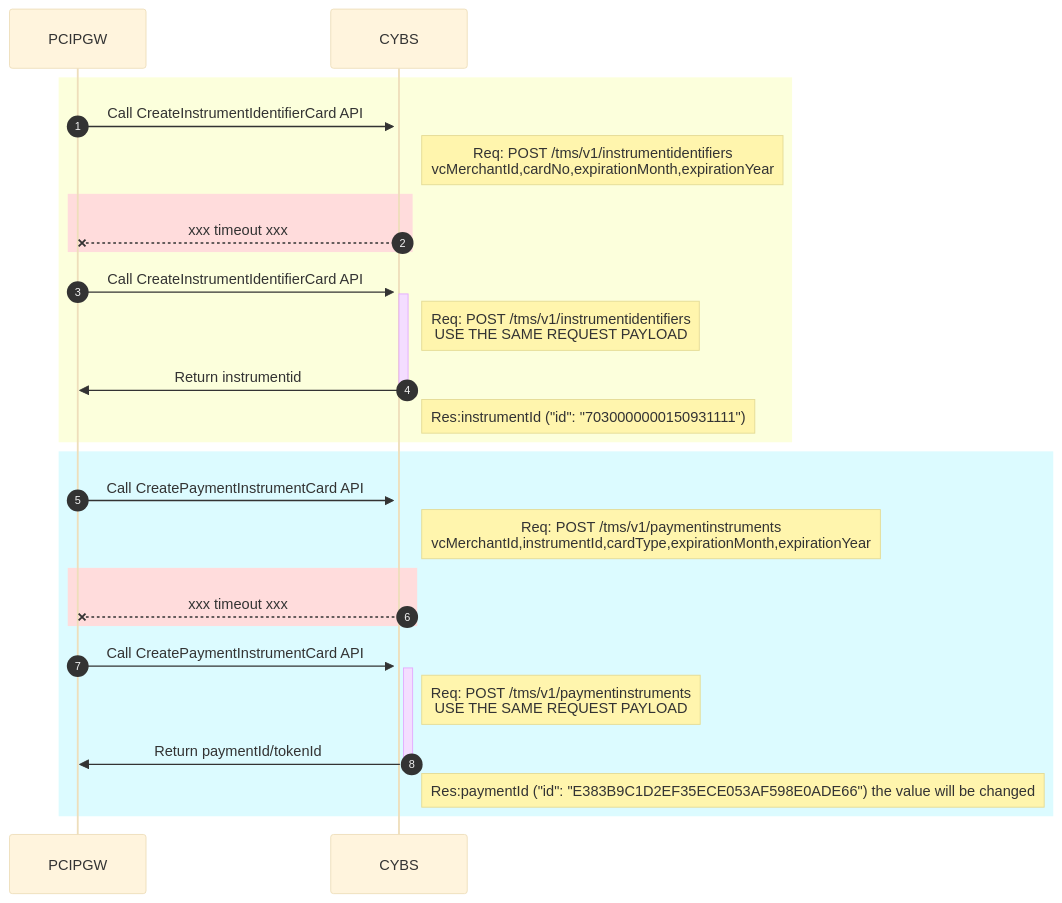
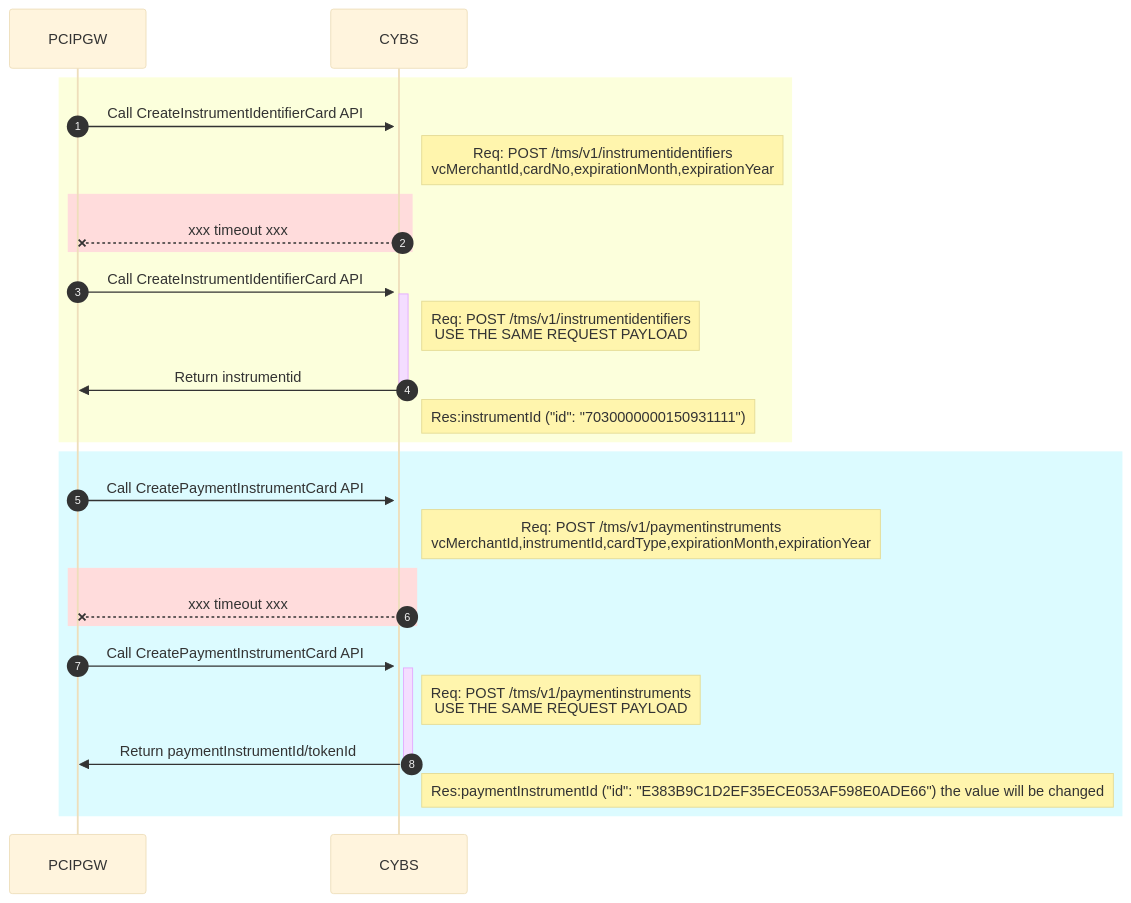
Before and after one commit to yuusuke25/MyNotes: the second of 8 diagrams in Cybs-Ph2-Flow3.md, drawn with Mermaid (base theme). The commit also changed other lines of this file, not shown here.

````diff
--- a/Cybs-Ph2-Flow3.md
+++ b/Cybs-Ph2-Flow3.md
@@ -20,27 +20,27 @@
 ```mermaid
     sequenceDiagram
     autonumber
         rect rgb(252, 255, 220)
             PCIPGW->>+CYBS: Call CreateInstrumentIdentifierCard API
             Note right of CYBS: Req: POST /tms/v1/instrumentidentifiers<br>vcMerchantId,cardNo,expirationMonth,expirationYear
             rect rgb(255, 220, 220)
               CYBS--XPCIPGW: xxx timeout xxx
             end
             PCIPGW->>+CYBS: Call CreateInstrumentIdentifierCard API
             Note right of CYBS: Req: POST /tms/v1/instrumentidentifiers<br>USE THE SAME REQUEST PAYLOAD
             CYBS->>-PCIPGW:Return instrumentid
             Note right of CYBS: Res:instrumentId ("id": "7030000000150931111")
         end
         
         rect rgb(220, 251, 255)
             PCIPGW->>+CYBS: Call CreatePaymentInstrumentCard API
             Note right of CYBS: Req: POST /tms/v1/paymentinstruments<br>vcMerchantId,instrumentId,cardType,expirationMonth,expirationYear
             rect rgb(255, 220, 220)
               CYBS--XPCIPGW: xxx timeout xxx
             end
             PCIPGW->>+CYBS: Call CreatePaymentInstrumentCard API
             Note right of CYBS: Req: POST /tms/v1/paymentinstruments<br>USE THE SAME REQUEST PAYLOAD
-            CYBS->>-PCIPGW: Return paymentId/tokenId
-            Note right of CYBS: Res:paymentId ("id": "E383B9C1D2EF35ECE053AF598E0ADE66") the value will be changed
+            CYBS->>-PCIPGW: Return paymentInstrumentId/tokenId
+            Note right of CYBS: Res:paymentInstrumentId ("id": "E383B9C1D2EF35ECE053AF598E0ADE66") the value will be changed
         end
 ```
````
